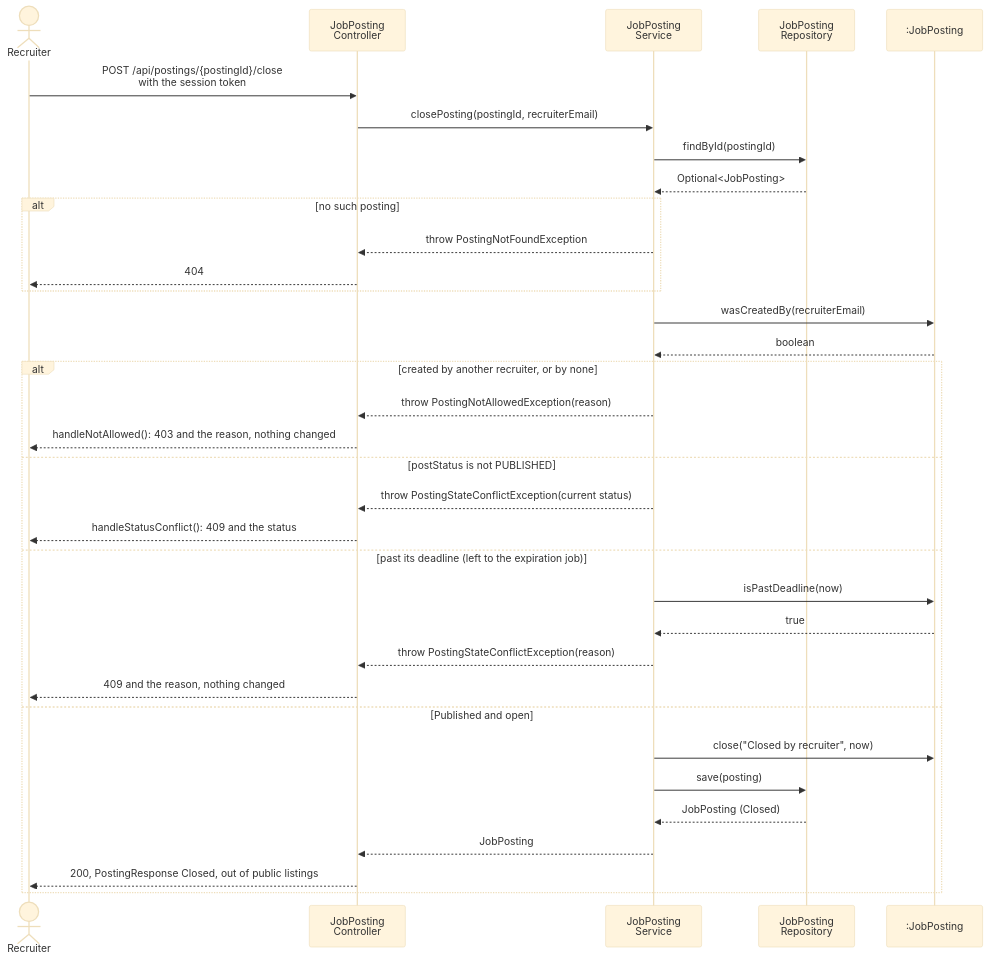
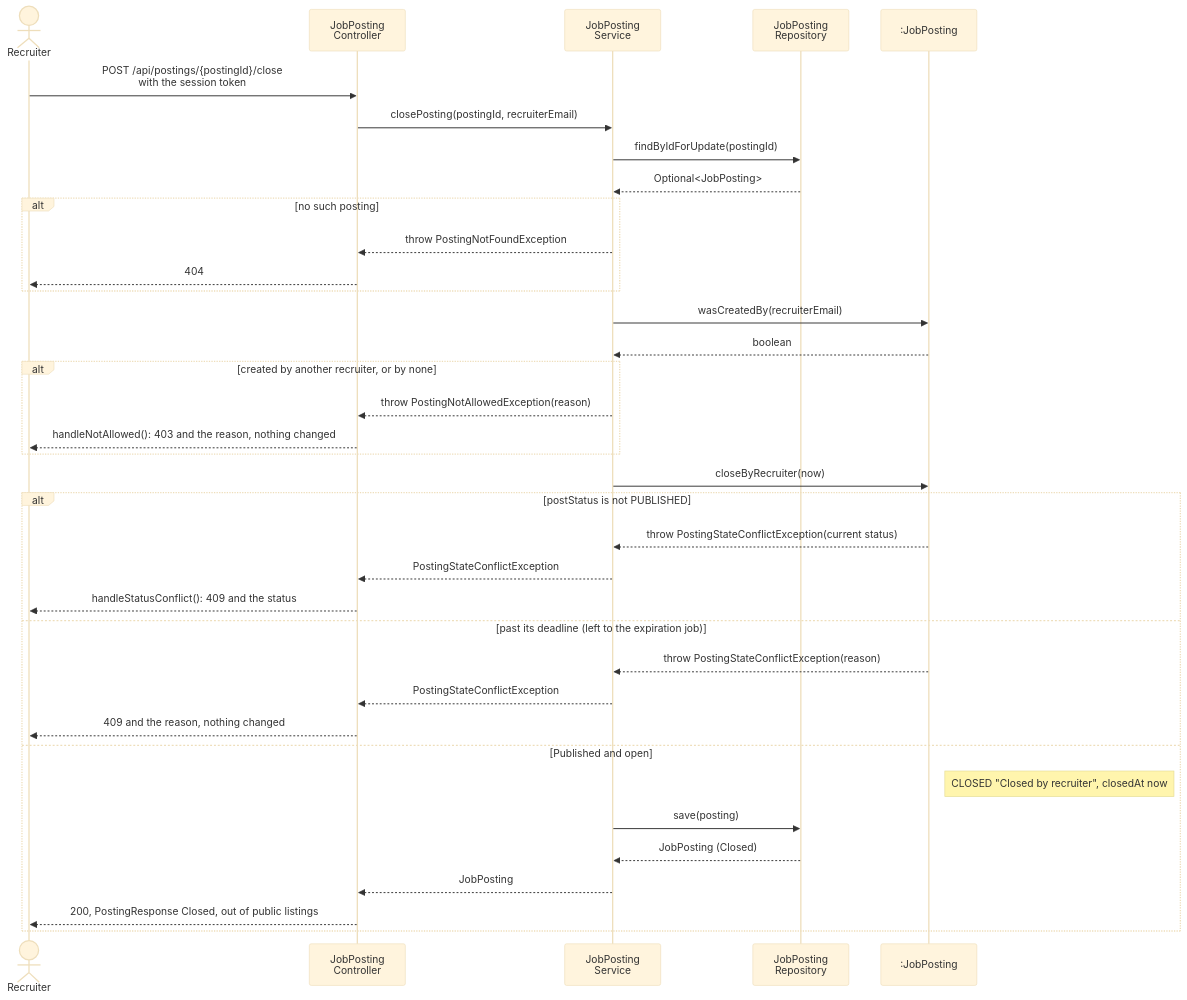
One commit to berdyshevol/careerbridge-csi5324 changed diagram 16 of 17 in spec/design.md. Above: the diagram before and after it, drawn with Mermaid (base theme). The commit also changed other lines of this file and 47 other files, not shown here.

````diff
--- a/spec/design.md
+++ b/spec/design.md
@@ -794,37 +797,39 @@
 ```mermaid
 sequenceDiagram
     actor R as Recruiter
     participant JC as JobPosting<br/>Controller
     participant JS as JobPosting<br/>Service
     participant JR as JobPosting<br/>Repository
     participant P as :JobPosting
 
     R->>JC: POST /api/postings/{postingId}/close<br/>with the session token
     JC->>JS: closePosting(postingId, recruiterEmail)
-    JS->>JR: findById(postingId)
+    JS->>JR: findByIdForUpdate(postingId)
     JR-->>JS: Optional<JobPosting>
     alt no such posting
         JS-->>JC: throw PostingNotFoundException
         JC-->>R: 404
     end
     JS->>P: wasCreatedBy(recruiterEmail)
     P-->>JS: boolean
     alt created by another recruiter, or by none
         JS-->>JC: throw PostingNotAllowedException(reason)
         JC-->>R: handleNotAllowed(): 403 and the reason, nothing changed
-    else postStatus is not PUBLISHED
-        JS-->>JC: throw PostingStateConflictException(current status)
+    end
+    JS->>P: closeByRecruiter(now)
+    alt postStatus is not PUBLISHED
+        P-->>JS: throw PostingStateConflictException(current status)
+        JS-->>JC: PostingStateConflictException
         JC-->>R: handleStatusConflict(): 409 and the status
     else past its deadline (left to the expiration job)
-        JS->>P: isPastDeadline(now)
-        P-->>JS: true
-        JS-->>JC: throw PostingStateConflictException(reason)
+        P-->>JS: throw PostingStateConflictException(reason)
+        JS-->>JC: PostingStateConflictException
         JC-->>R: 409 and the reason, nothing changed
     else Published and open
-        JS->>P: close("Closed by recruiter", now)
+        Note right of P: CLOSED "Closed by recruiter", closedAt now
         JS->>JR: save(posting)
         JR-->>JS: JobPosting (Closed)
         JS-->>JC: JobPosting
         JC-->>R: 200, PostingResponse Closed, out of public listings
     end
 ```
````
